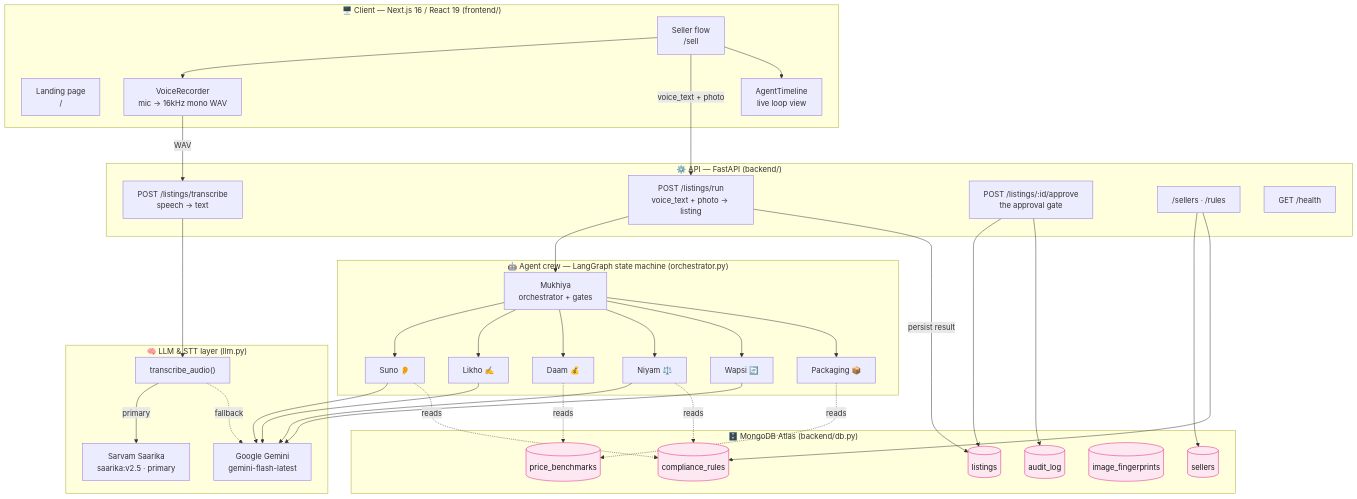
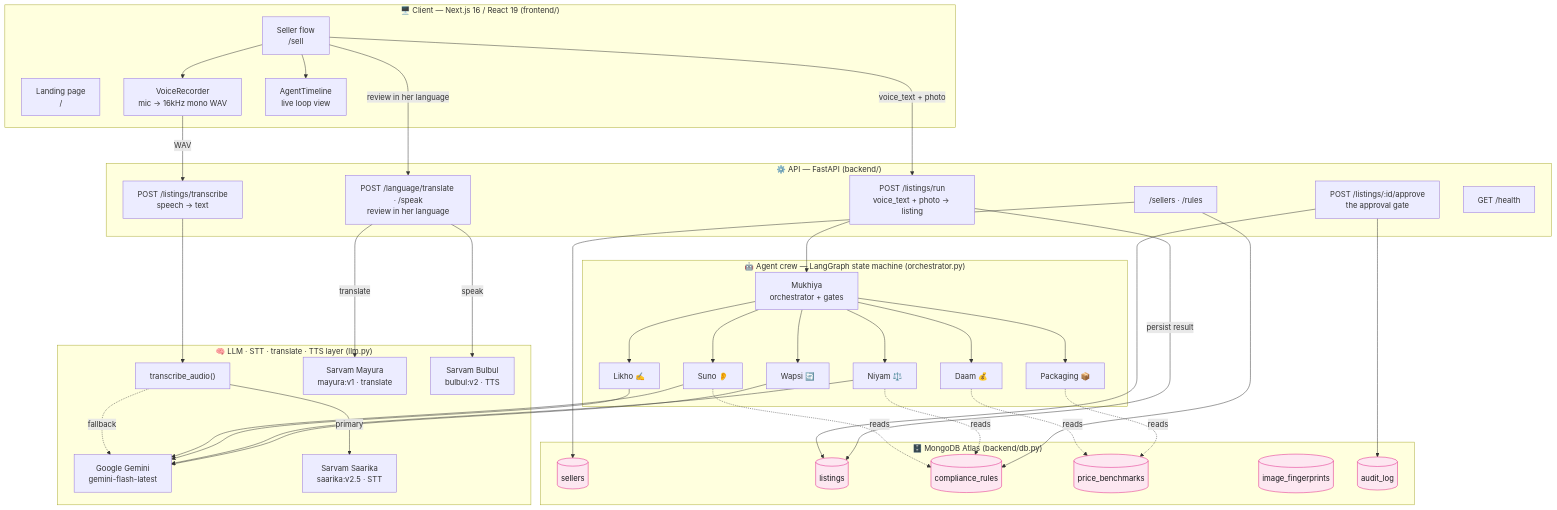
Before and after one commit to sandana1918/Aarambhini: the first of 4 diagrams in docs/ARCHITECTURE.md, drawn with Mermaid. The commit also changed 3 other files, not shown here.

First line of the commit message:
Inline the architecture diagrams as mermaid; show the full Sarvam trio

````diff
--- a/docs/ARCHITECTURE.md
+++ b/docs/ARCHITECTURE.md
@@ -15,69 +15,75 @@
 ```mermaid
 flowchart TB
     subgraph client["🖥️ Client — Next.js 16 / React 19 (frontend/)"]
         LP["Landing page<br/>/"]
         SELL["Seller flow<br/>/sell"]
         REC["VoiceRecorder<br/>mic → 16kHz mono WAV"]
         TL["AgentTimeline<br/>live loop view"]
     end
 
     subgraph api["⚙️ API — FastAPI (backend/)"]
         R1["POST /listings/transcribe<br/>speech → text"]
         R2["POST /listings/run<br/>voice_text + photo → listing"]
         R3["POST /listings/:id/approve<br/>the approval gate"]
         R4["/sellers · /rules"]
+        R5["POST /language/translate · /speak<br/>review in her language"]
         HP["GET /health"]
     end
 
     subgraph crew["🤖 Agent crew — LangGraph state machine (orchestrator.py)"]
         MUK["Mukhiya<br/>orchestrator + gates"]
         SUNO["Suno 👂"]
         LIKHO["Likho ✍️"]
         DAAM["Daam 💰"]
         NIYAM["Niyam ⚖️"]
         WAPSI["Wapsi 🔄"]
         PACK["Packaging 📦"]
     end
 
-    subgraph llm["🧠 LLM & STT layer (llm.py)"]
+    subgraph llm["🧠 LLM · STT · translate · TTS layer (llm.py)"]
         GEM["Google Gemini<br/>gemini-flash-latest"]
         STT["transcribe_audio()"]
-        SARV["Sarvam Saarika<br/>saarika:v2.5 · primary"]
+        SARV["Sarvam Saarika<br/>saarika:v2.5 · STT"]
+        MAY["Sarvam Mayura<br/>mayura:v1 · translate"]
+        BUL["Sarvam Bulbul<br/>bulbul:v2 · TTS"]
     end
 
     subgraph data["🗄️ MongoDB Atlas (backend/db.py)"]
         C1[("sellers")]
         C2[("listings")]
         C3[("compliance_rules")]
         C4[("price_benchmarks")]
         C5[("image_fingerprints")]
         C6[("audit_log")]
     end
 
     SELL --> REC
     REC -->|WAV| R1
     R1 --> STT
     STT -->|primary| SARV
     STT -.fallback.-> GEM
     SELL -->|voice_text + photo| R2
     SELL --> TL
     R2 --> MUK
     R3 --> C2
     R3 --> C6
 
     MUK --> SUNO & LIKHO & DAAM & NIYAM & WAPSI & PACK
     SUNO --> GEM
     LIKHO --> GEM
     NIYAM --> GEM
     WAPSI --> GEM
 
     SUNO -. reads .-> C3
     NIYAM -. reads .-> C3
     DAAM -. reads .-> C4
     PACK -. reads .-> C4
     R2 -->|persist result| C2
     R4 --> C1 & C3
+    SELL -->|review in her language| R5
+    R5 -->|translate| MAY
+    R5 -->|speak| BUL
 
     classDef store fill:#fde7f1,stroke:#e01d84,color:#17161a;
     class C1,C2,C3,C4,C5,C6 store;
 ```
````
